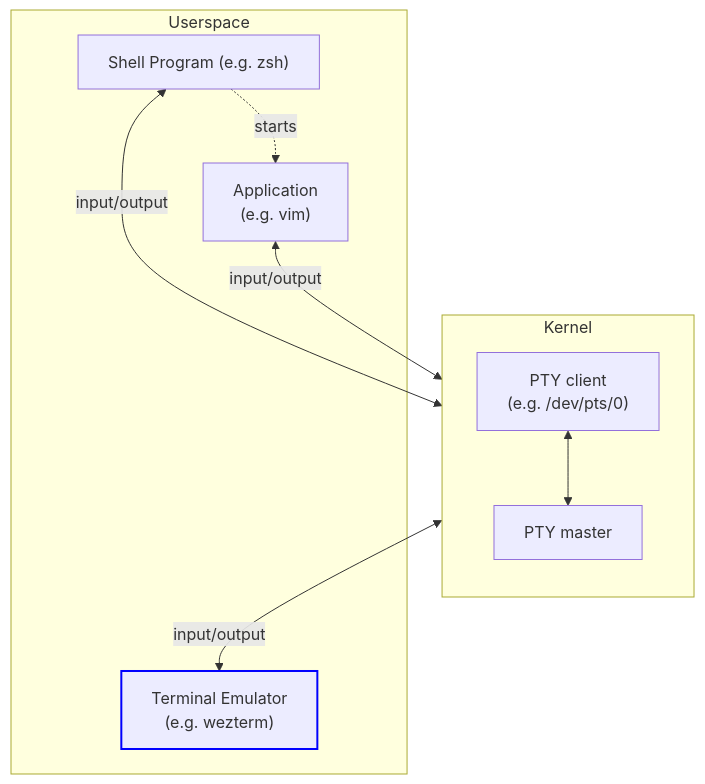
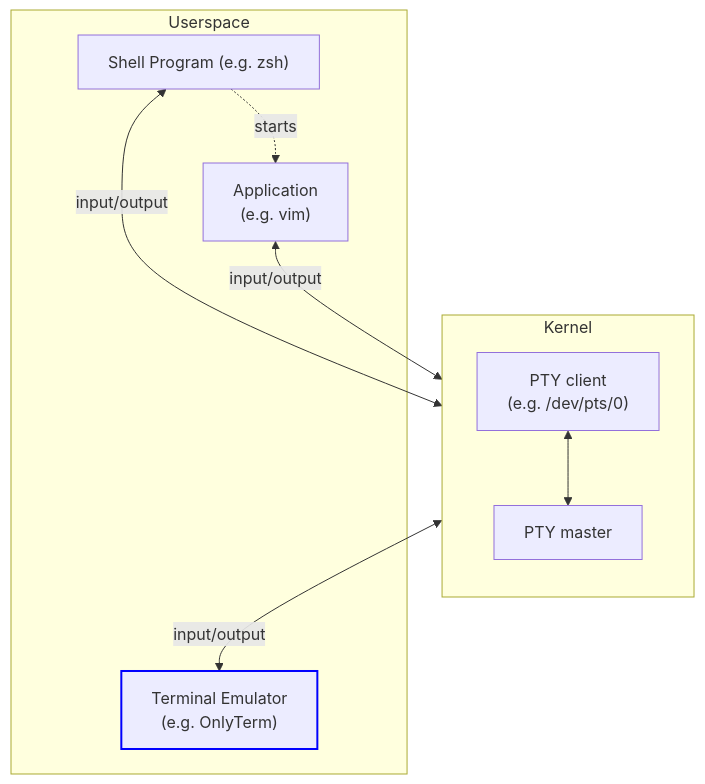
The third of 3 diagrams in docs/what-is-a-terminal.md (PHPCraftdream/OnlyTerm), drawn with Mermaid before and after one commit. The commit also changed other lines of this file and 20 other files, not shown here.

````diff
--- a/docs/what-is-a-terminal.md
+++ b/docs/what-is-a-terminal.md
@@ -223,17 +223,17 @@
 ```mermaid
 flowchart 
     subgraph Kernel
         direction TB
         PTYC["PTY client\n(e.g. /dev/pts/0)"] 
         PTYM[PTY master]
         PTYC <--> PTYM
     end
     
     subgraph Userspace
     SHELL["Shell Program (e.g. zsh)"] <-- input/output --> PTYC
     SHELL -. "starts" .-> APP
     APP["Application\n(e.g. vim)"] <-- input/output --> PTYC
-    PTYM  <-- input/output -->  TE["Terminal Emulator\n(e.g. wezterm)"]:::wezterm
+    PTYM  <-- input/output -->  TE["Terminal Emulator\n(e.g. OnlyTerm)"]:::wezterm
     classDef wezterm stroke:#00F,stroke-width:2px
     end
 ```
````
